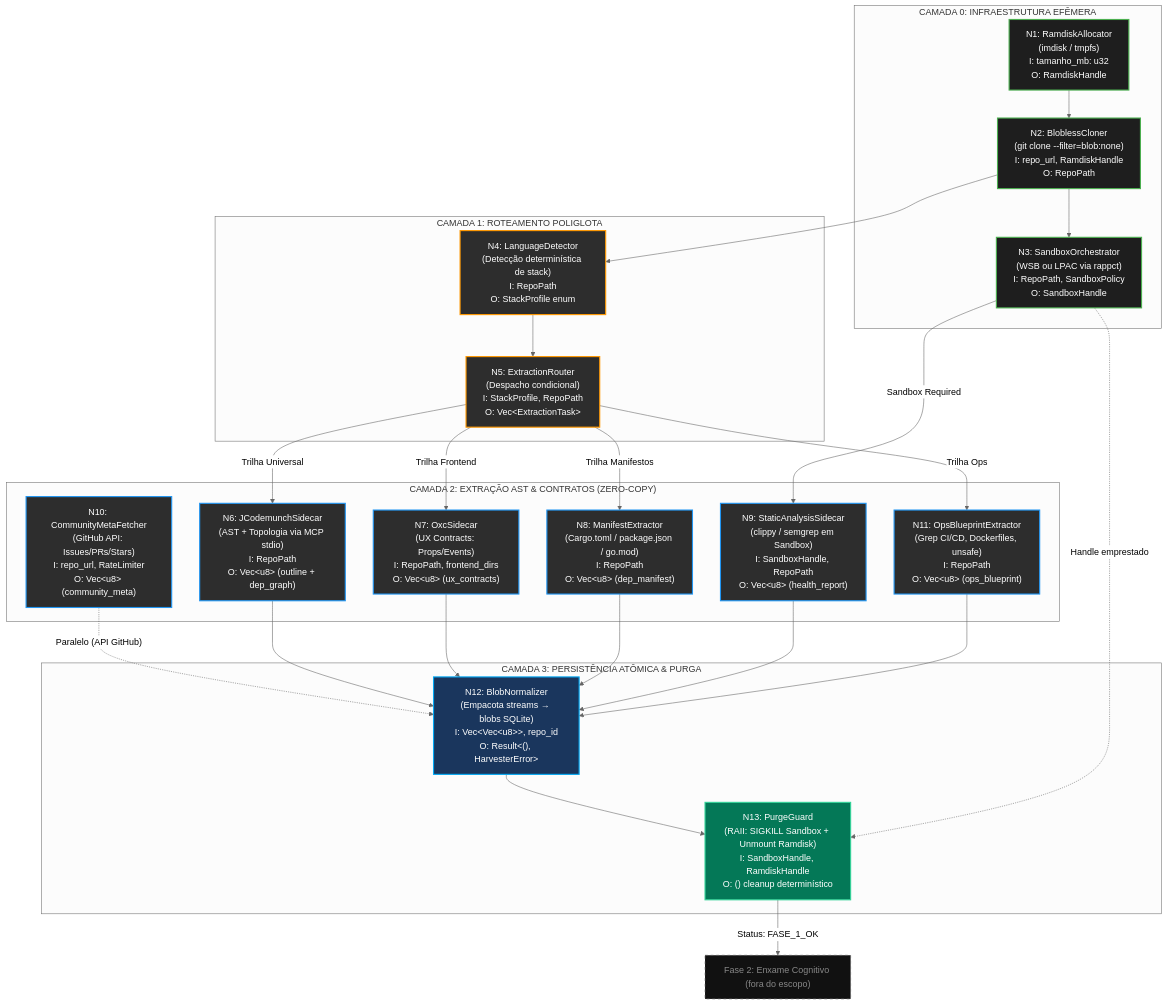
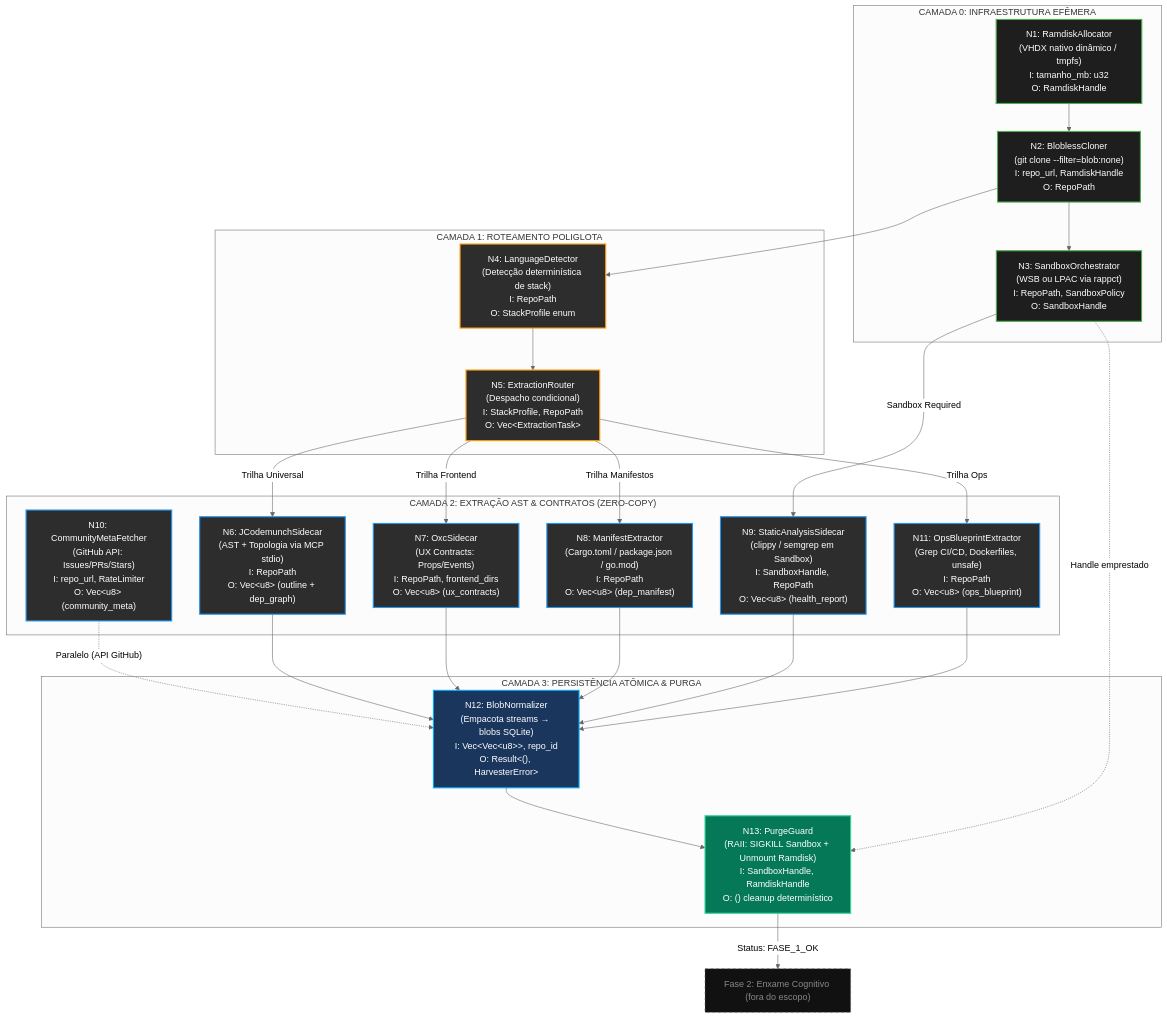
One commit to brunosrosa/genesis_mc changed the diagram in docs/design.md. Above: the diagram before and after it, drawn with Mermaid (neutral theme). The commit also changed other lines of this file and 17 other files, not shown here.

````diff
--- a/docs/design.md
+++ b/docs/design.md
@@ -90,68 +90,68 @@
 ```mermaid
 graph TD
     classDef infra fill:#1e1e1e,stroke:#4CAF50,stroke-width:2px,color:#fff
     classDef route fill:#2d2d2d,stroke:#FF9800,stroke-width:2px,color:#fff
     classDef extract fill:#2d2d2d,stroke:#2196F3,stroke-width:2px,color:#fff
     classDef persist fill:#1a365d,stroke:#03A9F4,stroke-width:2px,color:#fff
     classDef guard fill:#047857,stroke:#34d399,stroke-width:2px,color:#fff
 
     subgraph CAMADA_0 ["CAMADA 0: INFRAESTRUTURA EFÊMERA"]
-        N1["N1: RamdiskAllocator<br/>(imdisk / tmpfs)<br/>I: tamanho_mb: u32<br/>O: RamdiskHandle"]
+        N1["N1: RamdiskAllocator<br/>(VHDX nativo dinâmico / tmpfs)<br/>I: tamanho_mb: u32<br/>O: RamdiskHandle"]
         N2["N2: BloblessCloner<br/>(git clone --filter=blob:none)<br/>I: repo_url, RamdiskHandle<br/>O: RepoPath"]
         N3["N3: SandboxOrchestrator<br/>(WSB ou LPAC via rappct)<br/>I: RepoPath, SandboxPolicy<br/>O: SandboxHandle"]
 
         class N1,N2,N3 infra
     end
 
     subgraph CAMADA_1 ["CAMADA 1: ROTEAMENTO POLIGLOTA"]
         N4["N4: LanguageDetector<br/>(Detecção determinística de stack)<br/>I: RepoPath<br/>O: StackProfile enum"]
         N5["N5: ExtractionRouter<br/>(Despacho condicional)<br/>I: StackProfile, RepoPath<br/>O: Vec&lt;ExtractionTask&gt;"]
 
         class N4,N5 route
     end
 
     subgraph CAMADA_2 ["CAMADA 2: EXTRAÇÃO AST & CONTRATOS (ZERO-COPY)"]
         N6["N6: JCodemunchSidecar<br/>(AST + Topologia via MCP stdio)<br/>I: RepoPath<br/>O: Vec&lt;u8&gt; (outline + dep_graph)"]
         N7["N7: OxcSidecar<br/>(UX Contracts: Props/Events)<br/>I: RepoPath, frontend_dirs<br/>O: Vec&lt;u8&gt; (ux_contracts)"]
         N8["N8: ManifestExtractor<br/>(Cargo.toml / package.json / go.mod)<br/>I: RepoPath<br/>O: Vec&lt;u8&gt; (dep_manifest)"]
         N9["N9: StaticAnalysisSidecar<br/>(clippy / semgrep em Sandbox)<br/>I: SandboxHandle, RepoPath<br/>O: Vec&lt;u8&gt; (health_report)"]
         N10["N10: CommunityMetaFetcher<br/>(GitHub API: Issues/PRs/Stars)<br/>I: repo_url, RateLimiter<br/>O: Vec&lt;u8&gt; (community_meta)"]
         N11["N11: OpsBlueprintExtractor<br/>(Grep CI/CD, Dockerfiles, unsafe)<br/>I: RepoPath<br/>O: Vec&lt;u8&gt; (ops_blueprint)"]
 
         class N6,N7,N8,N9,N10,N11 extract
     end
 
     subgraph CAMADA_3 ["CAMADA 3: PERSISTÊNCIA ATÔMICA & PURGA"]
         N12["N12: BlobNormalizer<br/>(Empacota streams → blobs SQLite)<br/>I: Vec&lt;Vec&lt;u8&gt;&gt;, repo_id<br/>O: Result&lt;(), HarvesterError&gt;"]
         N13["N13: PurgeGuard<br/>(RAII: SIGKILL Sandbox + Unmount Ramdisk)<br/>I: SandboxHandle, RamdiskHandle<br/>O: () cleanup determinístico"]
 
         class N12 persist
         class N13 guard
     end
 
     N1 --> N2
     N2 --> N3
     N2 --> N4
     N4 --> N5
 
     N5 -->|"Trilha Universal"| N6
     N5 -->|"Trilha Frontend"| N7
     N5 -->|"Trilha Manifestos"| N8
     N3 -->|"Sandbox Required"| N9
     N5 -->|"Trilha Ops"| N11
 
     N10 -.->|"Paralelo (API GitHub)"| N12
 
     N6 --> N12
     N7 --> N12
     N8 --> N12
     N9 --> N12
     N11 --> N12
 
     N12 --> N13
     N3 -.->|"Handle emprestado"| N13
 
     N13 -->|"Status: FASE_1_OK"| FASE_2["Fase 2: Enxame Cognitivo (fora do escopo)"]
 
     style FASE_2 fill:#111,stroke:#666,stroke-dasharray: 5 5,color:#888
 ```
````
